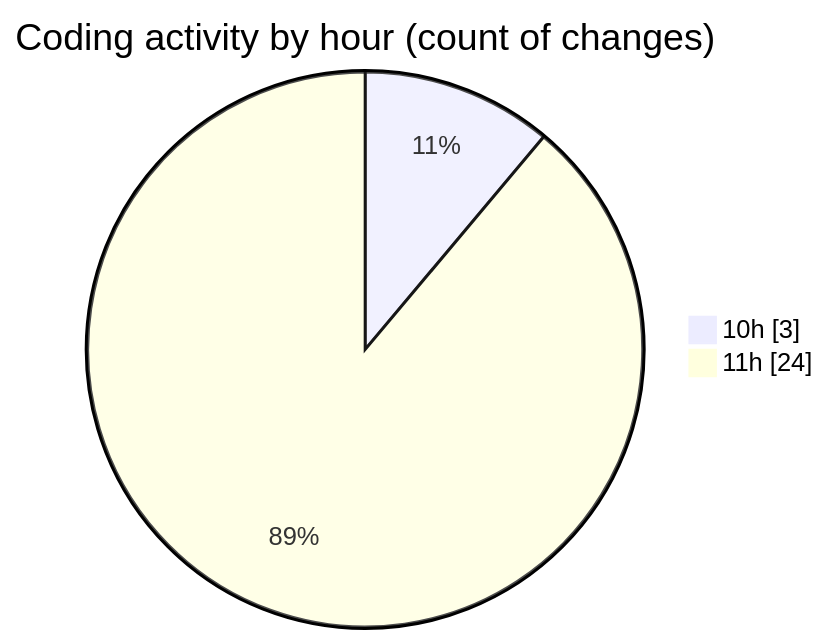
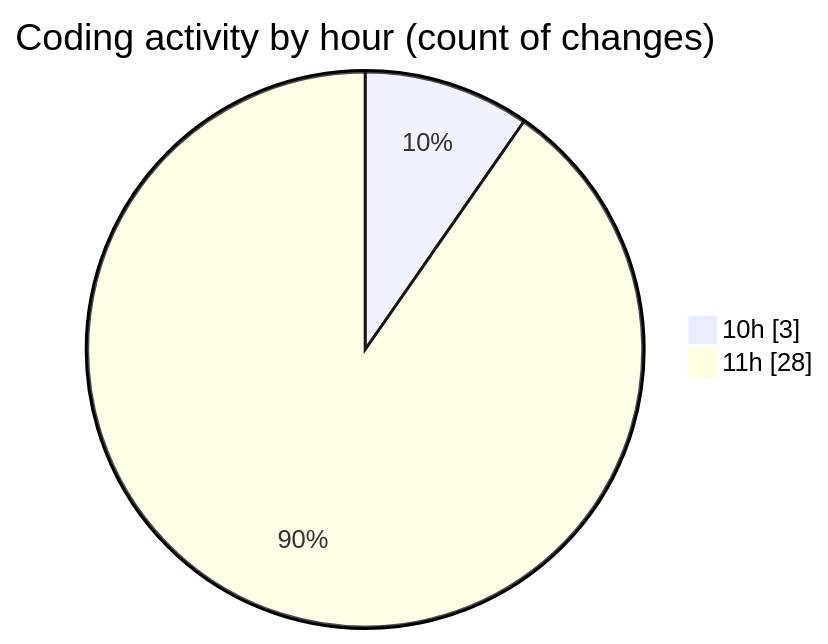
One commit to EIIisD/code-tracking changed the second of 2 diagrams in 2025-08-14/ribbon/README.md. Above: the diagram before and after it, drawn with Mermaid. The commit also changed other lines of this file and 1 other file, not shown here.

````diff
--- a/2025-08-14/ribbon/README.md
+++ b/2025-08-14/ribbon/README.md
@@ -37,6 +37,6 @@
 ```mermaid
 pie showData
 title Coding activity by hour (count of changes)
 "10h" : 3
-"11h" : 24
+"11h" : 28
 ```
````
